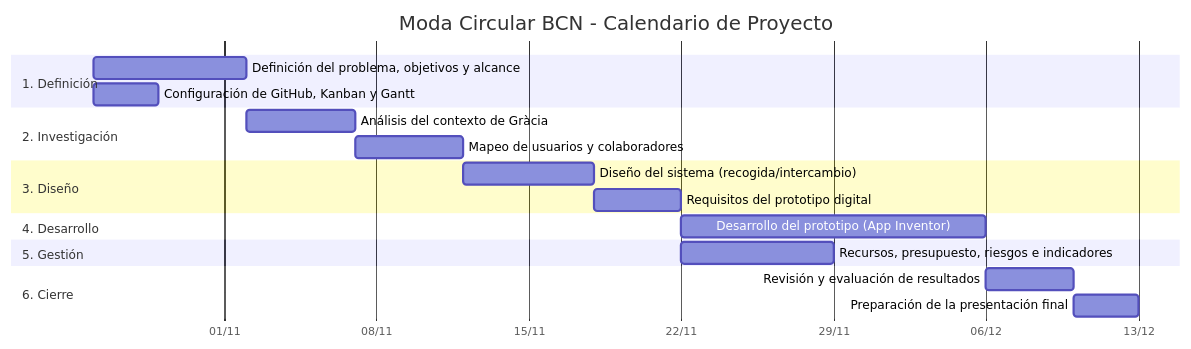
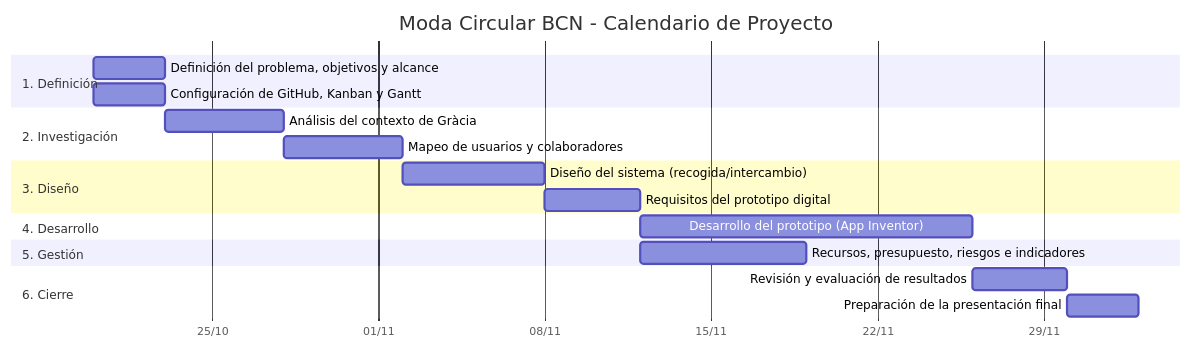
One commit to maarc33/TRABAJO_EN_GRUPO changed the diagram in GANTT.md. Above: the diagram before and after it, drawn with Mermaid.

Commit message:
Update dates for project definition and setup

````diff
--- a/GANTT.md
+++ b/GANTT.md
@@ -1,28 +1,28 @@
 ```mermaid
 gantt
     title Moda Circular BCN - Calendario de Proyecto
     dateFormat  YYYY-MM-DD
     axisFormat  %d/%m
     
     section 1. Definición
-    Definición del problema, objetivos y alcance :f1, 2026-10-26, 7d
-    Configuración de GitHub, Kanban y Gantt      :f1b, 2026-10-26, 3d
+    Definición del problema, objetivos y alcance :f1, 2026-10-20, 3d
+    Configuración de GitHub, Kanban y Gantt      :f1b, 2026-10-20, 3d
     
     section 2. Investigación
     Análisis del contexto de Gràcia              :f2a, after f1, 5d
     Mapeo de usuarios y colaboradores            :f2b, after f2a, 5d
     
     section 3. Diseño
     Diseño del sistema (recogida/intercambio)    :f3a, after f2b, 6d
     Requisitos del prototipo digital             :f3b, after f3a, 4d
     
     section 4. Desarrollo
     Desarrollo del prototipo (App Inventor)      :f4, after f3b, 14d
     
     section 5. Gestión
     Recursos, presupuesto, riesgos e indicadores :f5, after f3b, 7d
     
     section 6. Cierre
     Revisión y evaluación de resultados          :f6a, after f4, 4d
     Preparación de la presentación final         :f6b, after f6a, 3d
 ```
````
